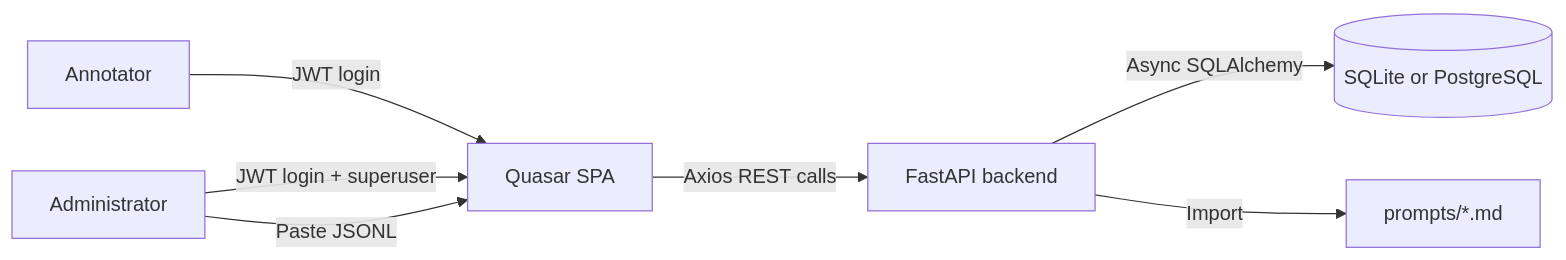
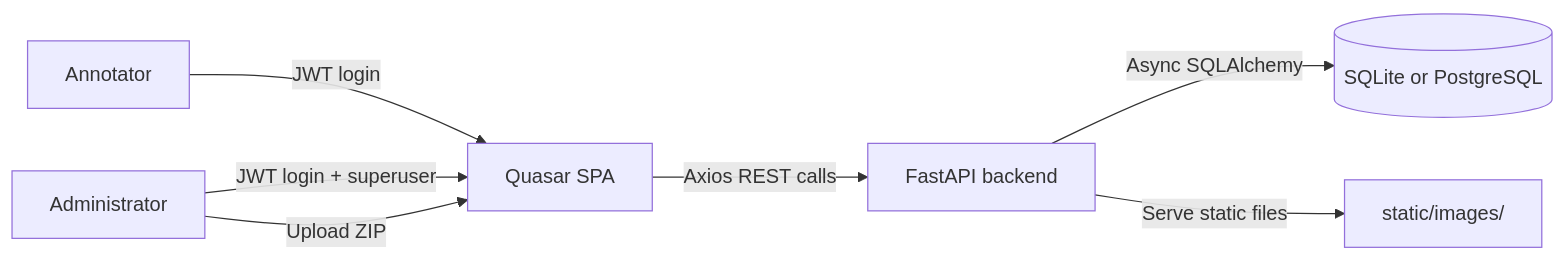
Before and after one commit to DCGM/image_quality_app: the first of 4 diagrams in docs/architecture.md, drawn with Mermaid. The commit also changed other lines of this file and 77 other files, not shown here.

````diff
--- a/docs/architecture.md
+++ b/docs/architecture.md
@@ -7,9 +7,9 @@
 ```mermaid
 flowchart LR
     A[Annotator] -->|JWT login| F[Quasar SPA]
     Admin[Administrator] -->|JWT login + superuser| F
     F -->|Axios REST calls| API[FastAPI backend]
     API -->|Async SQLAlchemy| DB[(SQLite or PostgreSQL)]
-    API -->|Import| P[prompts/*.md]
-    Admin -->|Paste JSONL| F
+    API -->|Serve static files| FS[static/images/]
+    Admin -->|Upload ZIP| F
 ```
````
